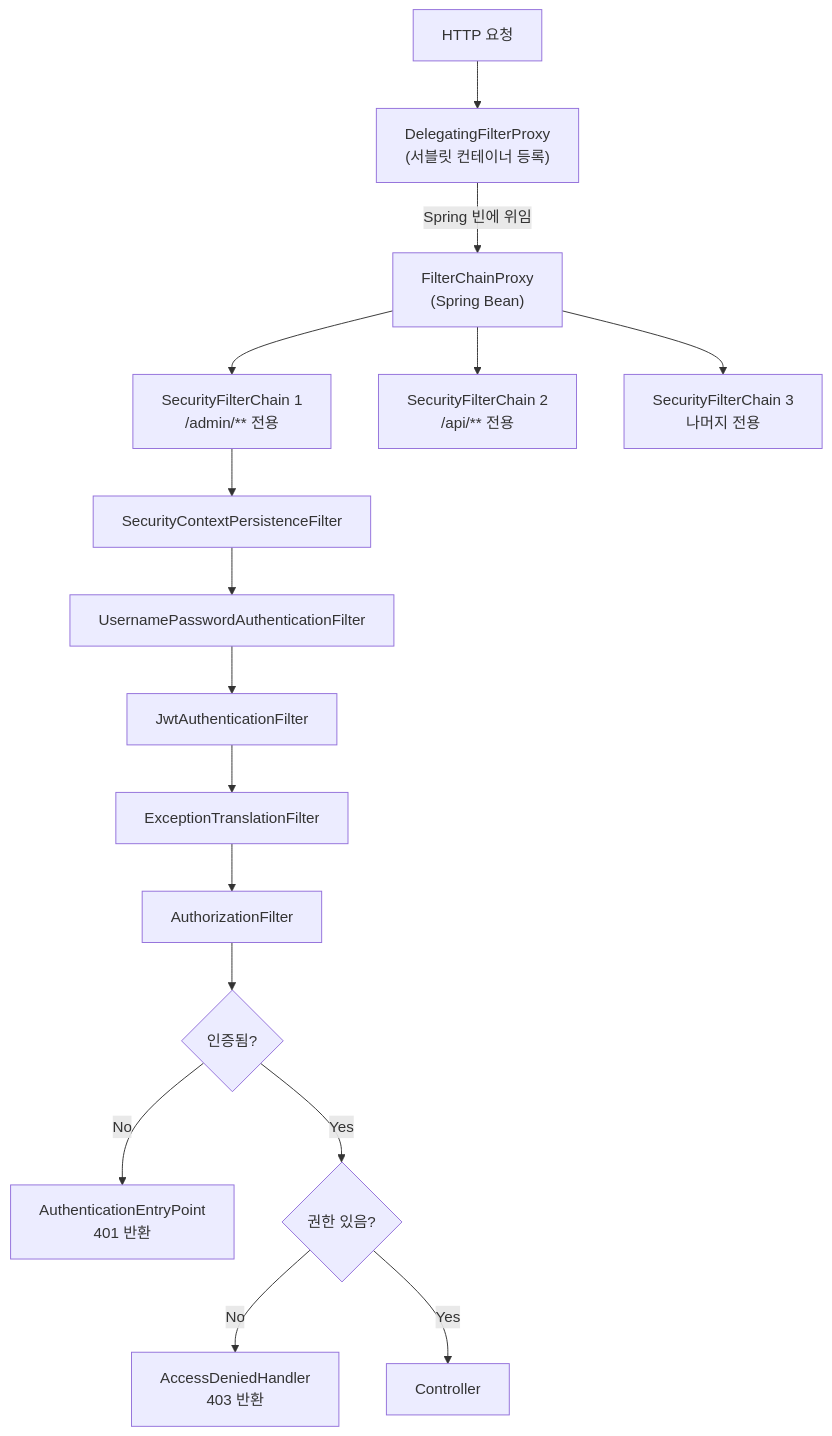
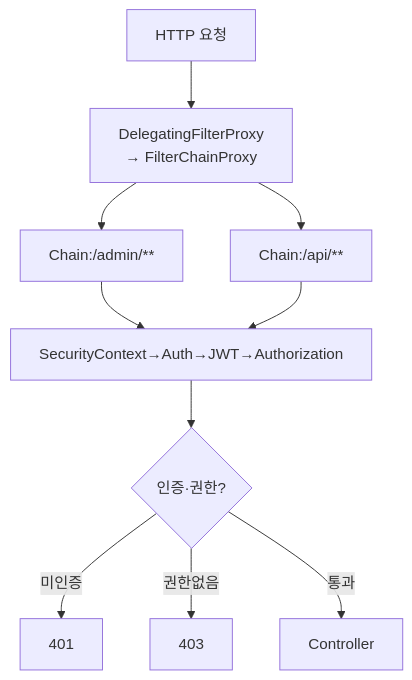
Before and after one commit to yjkim2015/yjkim2015.github.io: the first of 7 diagrams in _posts/spring/2026-05-02-spring-security-deep.md, drawn with Mermaid. The commit also changed other lines of this file and 215 other files, not shown here.

First line of the commit message:
신규 포스트 10개 추가 + Mermaid 전면 축소 + SystemDesign 시리즈 보강

````diff
--- a/_posts/spring/2026-05-02-spring-security-deep.md
+++ b/_posts/spring/2026-05-02-spring-security-deep.md
@@ -32,20 +32,11 @@
 ```mermaid
 graph TD
-    A["HTTP 요청"] --> B["DelegatingFilterProxy\n(서블릿 컨테이너 등록)"]
-    B -->|"Spring 빈에 위임"| C["FilterChainProxy\n(Spring Bean)"]
-    C --> D["SecurityFilterChain 1\n/admin/** 전용"]
-    C --> E["SecurityFilterChain 2\n/api/** 전용"]
-    C --> F["SecurityFilterChain 3\n나머지 전용"]
-
-    D --> G["SecurityContextPersistenceFilter"]
-    G --> H["UsernamePasswordAuthenticationFilter"]
-    H --> I["JwtAuthenticationFilter"]
-    I --> J["ExceptionTranslationFilter"]
-    J --> K["AuthorizationFilter"]
-
-    K --> L{"인증됨?"}
-    L -->|"No"| M["AuthenticationEntryPoint\n401 반환"]
-    L -->|"Yes"| N{"권한 있음?"}
-    N -->|"No"| O["AccessDeniedHandler\n403 반환"]
-    N -->|"Yes"| P["Controller"]
+    A["HTTP 요청"] --> B["DelegatingFilterProxy\n→ FilterChainProxy"]
+    B --> C["Chain:/admin/**"]
+    B --> D["Chain:/api/**"]
+    C & D --> E["SecurityContext→Auth→JWT→Authorization"]
+    E --> F{"인증·권한?"}
+    F -->|"미인증"| G["401"]
+    F -->|"권한없음"| H["403"]
+    F -->|"통과"| I["Controller"]
 ```
````
